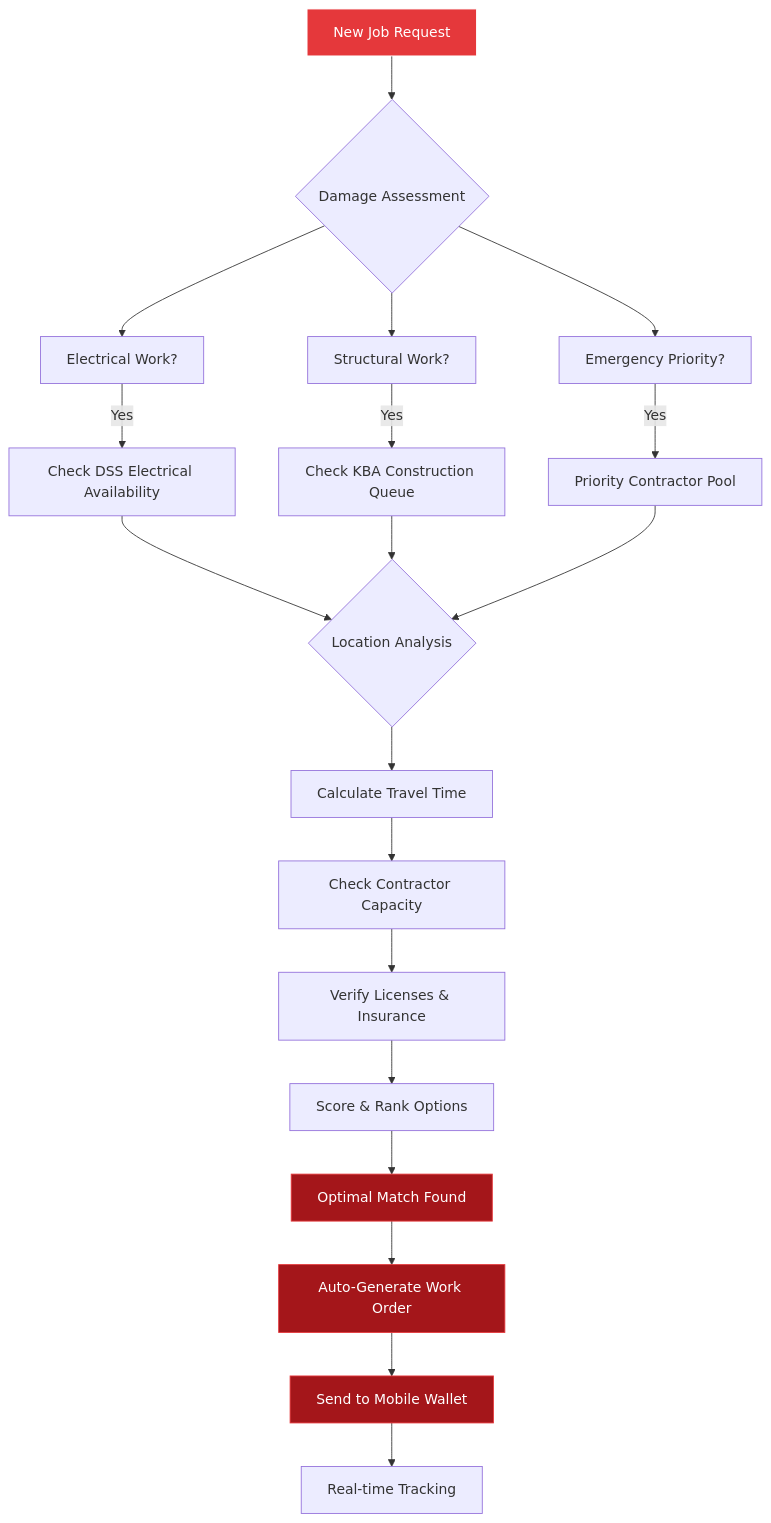
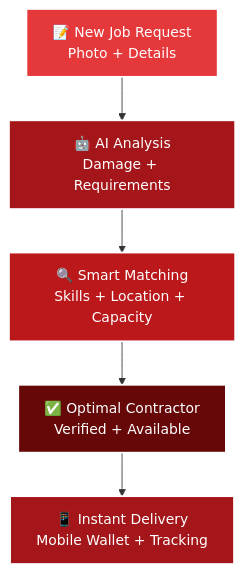
The fourth of 5 diagrams in assigner-deck/slides.md (mishaal79/assigner-deck), drawn with Mermaid before and after one commit. The commit also changed other lines of this file and 2 other files, not shown here.

````diff
--- a/assigner-deck/slides.md
+++ b/assigner-deck/slides.md
@@ -559,30 +536,16 @@
 ```mermaid
 flowchart TD
-    A[New Job Request] --> B{Damage Assessment}
-    B --> C[Electrical Work?]
-    B --> D[Structural Work?]
-    B --> E[Emergency Priority?]
+    A["📝 New Job Request<br/>Photo + Details"] --> B["🤖 AI Analysis<br/>Damage + Requirements"]
 
-    C -->|Yes| F[Check DSS Electrical Availability]
-    D -->|Yes| G[Check KBA Construction Queue]
-    E -->|Yes| H[Priority Contractor Pool]
+    B --> C["🔍 Smart Matching<br/>Skills + Location + Capacity"]
 
-    F --> I{Location Analysis}
-    G --> I
-    H --> I
+    C --> D["✅ Optimal Contractor<br/>Verified + Available"]
 
-    I --> J[Calculate Travel Time]
-    J --> K[Check Contractor Capacity]
-    K --> L[Verify Licenses & Insurance]
-    L --> M[Score & Rank Options]
+    D --> E["📱 Instant Delivery<br/>Mobile Wallet + Tracking"]
 
-    M --> N[Optimal Match Found]
-    N --> O[Auto-Generate Work Order]
-    O --> P[Send to Mobile Wallet]
-    P --> Q[Real-time Tracking]
-
-    style A fill:#E5383B,stroke:#FFFFFF,color:#FFFFFF
-    style N fill:#A4161A,stroke:#E5383B,color:#FFFFFF
-    style O fill:#A4161A,stroke:#E5383B,color:#FFFFFF
-    style P fill:#A4161A,stroke:#E5383B,color:#FFFFFF
+    style A fill:#E5383B,stroke:#FFFFFF,stroke-width:2px,color:#FFFFFF
+    style B fill:#A4161A,stroke:#FFFFFF,stroke-width:2px,color:#FFFFFF
+    style C fill:#BA181B,stroke:#FFFFFF,stroke-width:2px,color:#FFFFFF
+    style D fill:#660708,stroke:#FFFFFF,stroke-width:2px,color:#FFFFFF
+    style E fill:#A4161A,stroke:#FFFFFF,stroke-width:2px,color:#FFFFFF
 ```
````
